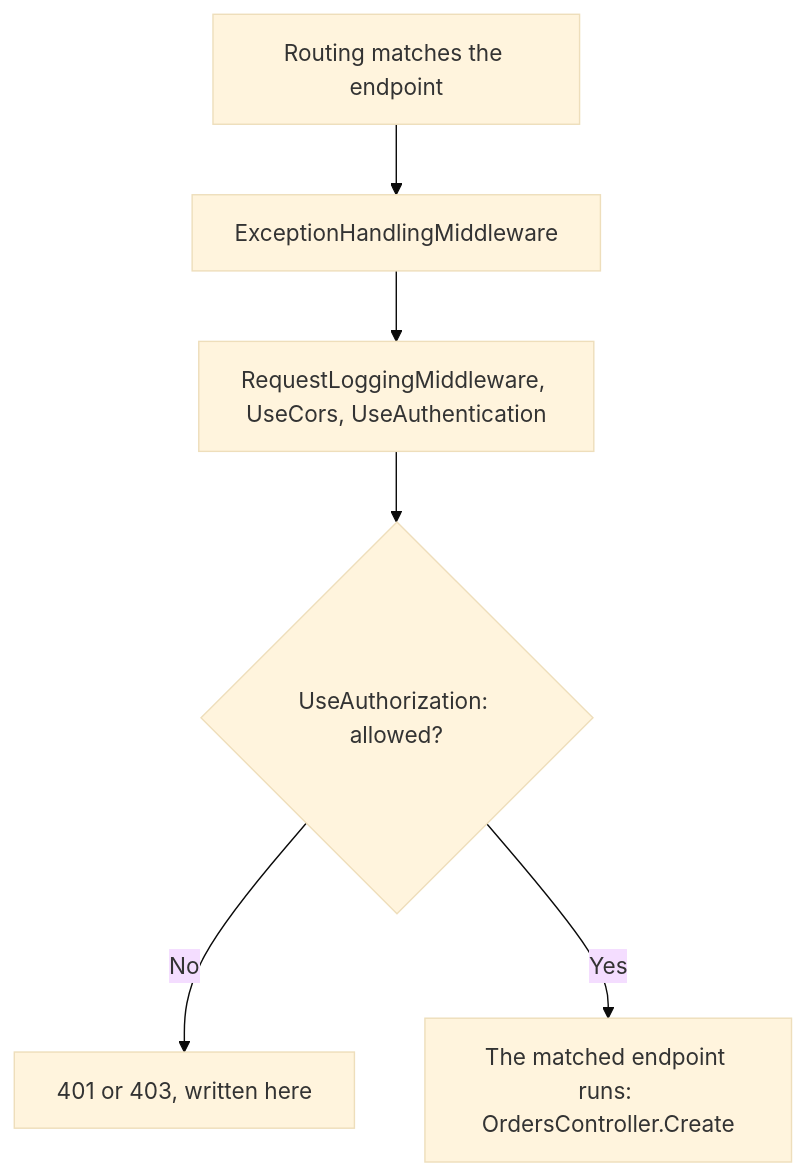
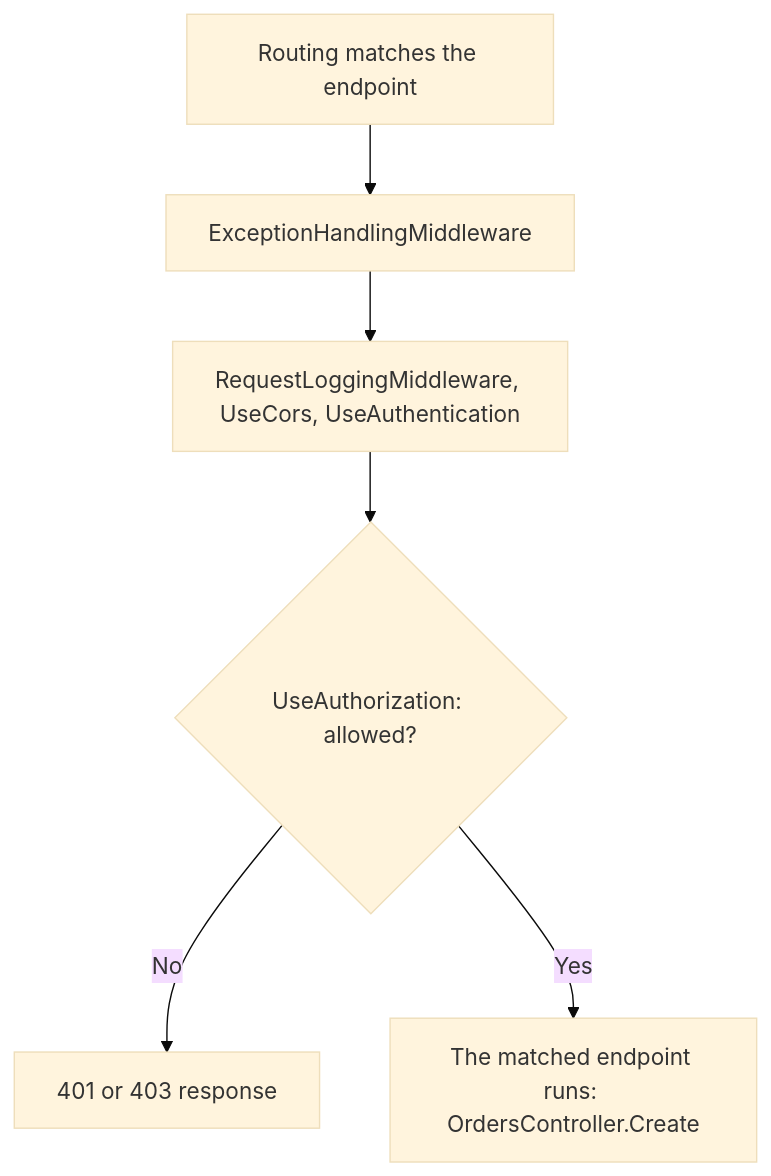
Before and after one commit to duyan11110/lo-trinh-architect: the diagram in content/tracks/backend/web-server/backend.l1.middleware-pipeline.en.md, drawn with Mermaid (base theme). The commit also changed other lines of this file and 3 other files, not shown here.

````diff
--- a/content/tracks/backend/web-server/backend.l1.middleware-pipeline.en.md
+++ b/content/tracks/backend/web-server/backend.l1.middleware-pipeline.en.md
@@ -39,8 +39,8 @@
 ```mermaid
 flowchart TD
   M[Routing matches the endpoint] --> A[ExceptionHandlingMiddleware]
   A --> B[RequestLoggingMiddleware, UseCors, UseAuthentication]
   B --> E{UseAuthorization: allowed?}
-  E -->|No| F[401 or 403, written here]
+  E -->|No| F[401 or 403 response]
   E -->|Yes| G[The matched endpoint runs: OrdersController.Create]
 ```
````
